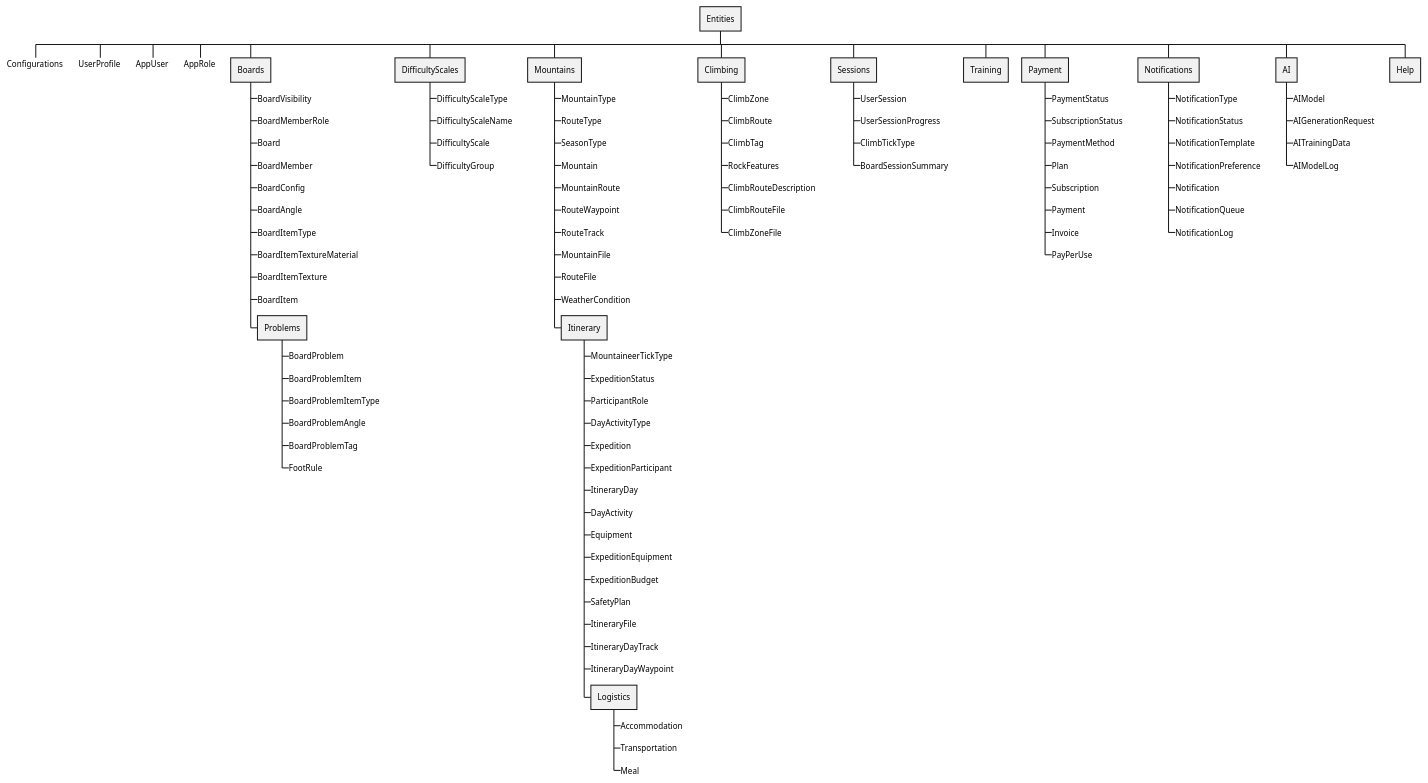
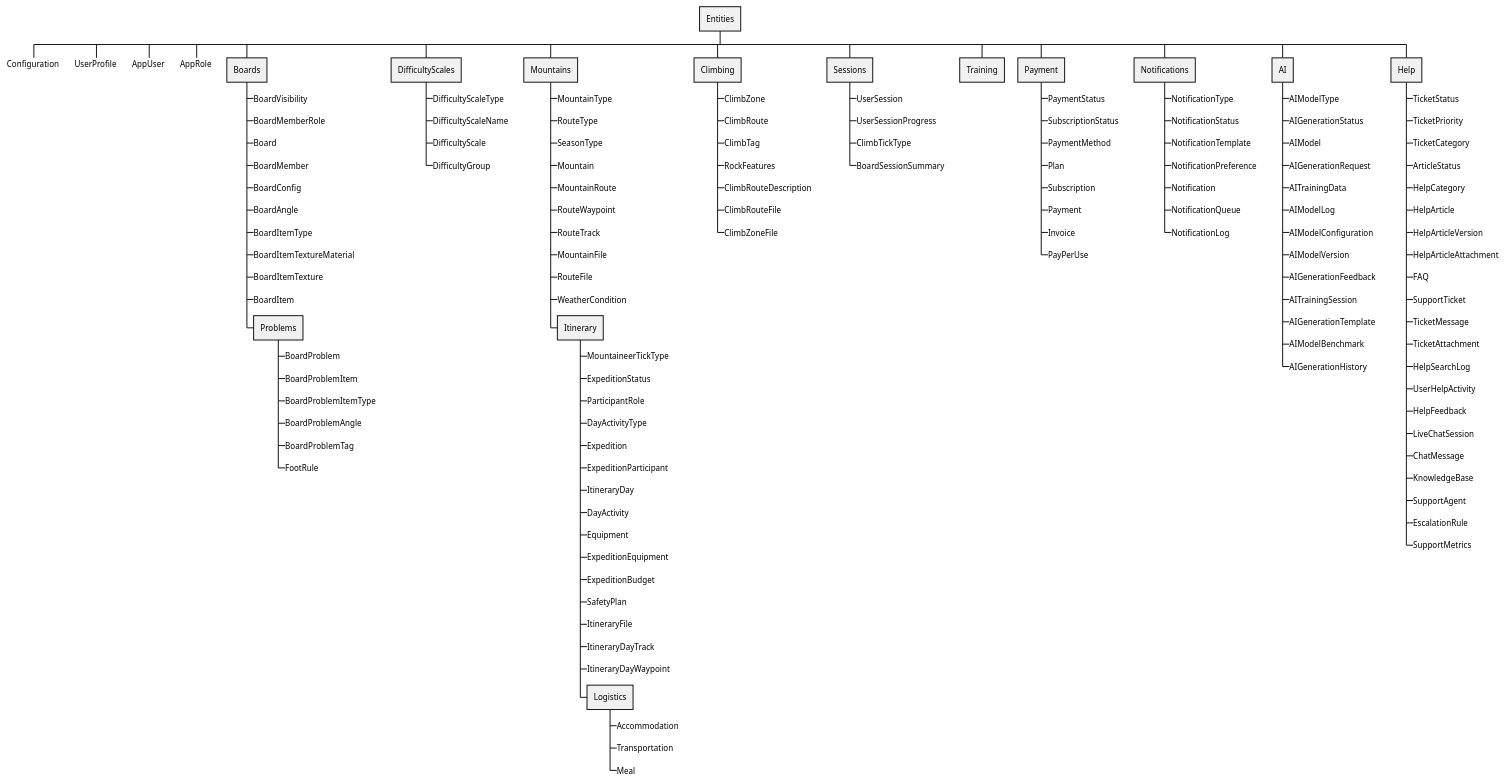
One commit to julyoc/ClimbEdge changed the diagram in Docs/Diagrams/Package.puml. Above: the diagram before and after it, drawn with PlantUML. The commit also changed 28 other files, not shown here.

```diff
--- a/Docs/Diagrams/Package.puml
+++ b/Docs/Diagrams/Package.puml
@@ -1,100 +1,130 @@
 @startwbs Packages Diagram
 
 * Entities
-**_> Configurations
+**_> Configuration
 **_> UserProfile
 **_> AppUser
 **_> AppRole
 ** Boards
 ***_> BoardVisibility <<enum>>
 ***_> BoardMemberRole <<enum>>
 ***_> Board
 ***_> BoardMember
 ***_> BoardConfig
 ***_> BoardAngle
 ***_> BoardItemType
 ***_> BoardItemTextureMaterial
 ***_> BoardItemTexture
 ***_> BoardItem
 *** Problems
 ****_> BoardProblem
 ****_> BoardProblemItem
 ****_> BoardProblemItemType
 ****_> BoardProblemAngle
 ****_> BoardProblemTag
 ****_> FootRule
 ** DifficultyScales
 ***_> DifficultyScaleType
 ***_> DifficultyScaleName
 ***_> DifficultyScale
 ***_> DifficultyGroup
 ** Mountains
 ***_> MountainType <<enum>>
 ***_> RouteType <<enum>>
 ***_> SeasonType <<enum>>
 ***_> Mountain
 ***_> MountainRoute
 ***_> RouteWaypoint
 ***_> RouteTrack
 ***_> MountainFile
 ***_> RouteFile
 ***_> WeatherCondition
 *** Itinerary
 ****_> MountaineerTickType <<enum>>
 ****_> ExpeditionStatus <<enum>>
 ****_> ParticipantRole <<enum>>
 ****_> DayActivityType <<enum>>
 ****_> Expedition
 ****_> ExpeditionParticipant
 ****_> ItineraryDay
 ****_> DayActivity
 ****_> Equipment
 ****_> ExpeditionEquipment
 ****_> ExpeditionBudget
 ****_> SafetyPlan
 ****_> ItineraryFile
 ****_> ItineraryDayTrack
 ****_> ItineraryDayWaypoint
 **** Logistics
 *****_> Accommodation
 *****_> Transportation
 *****_> Meal
 ** Climbing
 ***_> ClimbZone
 ***_> ClimbRoute
 ***_> ClimbTag
 ***_> RockFeatures
 ***_> ClimbRouteDescription
 ***_> ClimbRouteFile
 ***_> ClimbZoneFile
 ** Sessions
 ***_> UserSession
 ***_> UserSessionProgress
 ***_> ClimbTickType <<enum>>
 ***_> BoardSessionSummary
 ** Training
 ** Payment
 ***_> PaymentStatus <<enum>>
 ***_> SubscriptionStatus <<enum>>
 ***_> PaymentMethod
 ***_> Plan
 ***_> Subscription
 ***_> Payment
 ***_> Invoice
 ***_> PayPerUse
 ** Notifications
 ***_> NotificationType <<enum>>
 ***_> NotificationStatus <<enum>>
 ***_> NotificationTemplate
 ***_> NotificationPreference
 ***_> Notification
 ***_> NotificationQueue
 ***_> NotificationLog
 ** AI
+***_> AIModelType <<enum>>
+***_> AIGenerationStatus <<enum>>
 ***_> AIModel
 ***_> AIGenerationRequest
 ***_> AITrainingData
 ***_> AIModelLog
+***_> AIModelConfiguration
+***_> AIModelVersion
+***_> AIGenerationFeedback
+***_> AITrainingSession
+***_> AIGenerationTemplate
+***_> AIModelBenchmark
+***_> AIGenerationHistory
 ** Help
+***_> TicketStatus <<enum>>
+***_> TicketPriority <<enum>>
+***_> TicketCategory <<enum>>
+***_> ArticleStatus <<enum>>
+***_> HelpCategory
+***_> HelpArticle
+***_> HelpArticleVersion
+***_> HelpArticleAttachment
+***_> FAQ
+***_> SupportTicket
+***_> TicketMessage
+***_> TicketAttachment
+***_> HelpSearchLog
+***_> UserHelpActivity
+***_> HelpFeedback
+***_> LiveChatSession
+***_> ChatMessage
+***_> KnowledgeBase
+***_> SupportAgent
+***_> EscalationRule
+***_> SupportMetrics
 
 @endwbs
```
